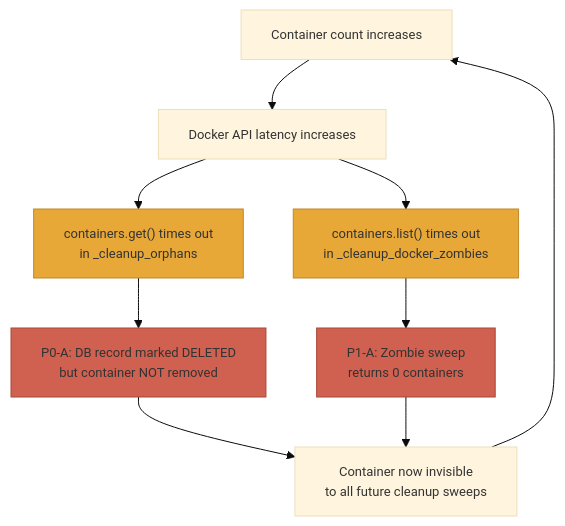
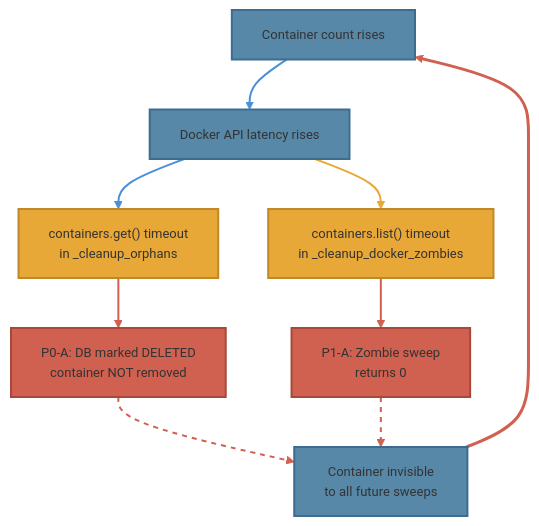
Before and after one commit to Intelligent-Internet/ii-agent: the fourth of 4 diagrams in docs/design-docs/sandbox-lifecycle-assessment.md, drawn with Mermaid. The commit also changed other lines of this file and 72 other files, not shown here.

````diff
--- a/docs/design-docs/sandbox-lifecycle-assessment.md
+++ b/docs/design-docs/sandbox-lifecycle-assessment.md
@@ -432,19 +435,29 @@
 ```mermaid
 %%{init: {'theme':'base', 'themeVariables': {'fontFamily': 'Arial, sans-serif', 'fontSize': '13px', 'fontWeight': 'normal'}}}%%
 flowchart TD
-    A["Container count increases"] --> B["Docker API latency increases"]
-    B --> C["containers.get() times out<br/>in _cleanup_orphans"]
-    C --> D["P0-A: DB record marked DELETED<br/>but container NOT removed"]
-    D --> E["Container now invisible<br/>to all future cleanup sweeps"]
+    A["Container count rises"] --> B["Docker API latency rises"]
+    B --> C["containers.get() timeout<br/>in _cleanup_orphans"]
+    C --> D["P0-A: DB marked DELETED<br/>container NOT removed"]
+    D --> E["Container invisible<br/>to all future sweeps"]
     E --> A
 
-    F["containers.list() times out<br/>in _cleanup_docker_zombies"] --> G["P1-A: Zombie sweep<br/>returns 0 containers"]
+    B --> F["containers.list() timeout<br/>in _cleanup_docker_zombies"]
+    F --> G["P1-A: Zombie sweep<br/>returns 0"]
     G --> E
-    B --> F
 
-    classDef danger fill:#d06050,stroke:#a84838
-    classDef warn fill:#e8a838,stroke:#c08828
+    classDef normal fill:#5888a8,stroke:#3c6c90,stroke-width:2px
+    classDef warn fill:#e8a838,stroke:#c08828,stroke-width:2px
+    classDef danger fill:#d06050,stroke:#a84838,stroke-width:2px
 
+    class A,B,E normal
+    class C,F warn
     class D,G danger
-    class C,F warn
+
+    linkStyle 0,1 stroke:#4a90d9,stroke-width:2px
+    linkStyle 2 stroke:#d06050,stroke-width:2px
+    linkStyle 3 stroke:#d06050,stroke-width:2px,stroke-dasharray:5 5
+    linkStyle 4 stroke:#d06050,stroke-width:3px
+    linkStyle 5 stroke:#e8a838,stroke-width:2px
+    linkStyle 6 stroke:#d06050,stroke-width:2px
+    linkStyle 7 stroke:#d06050,stroke-width:2px,stroke-dasharray:5 5
 ```
````
